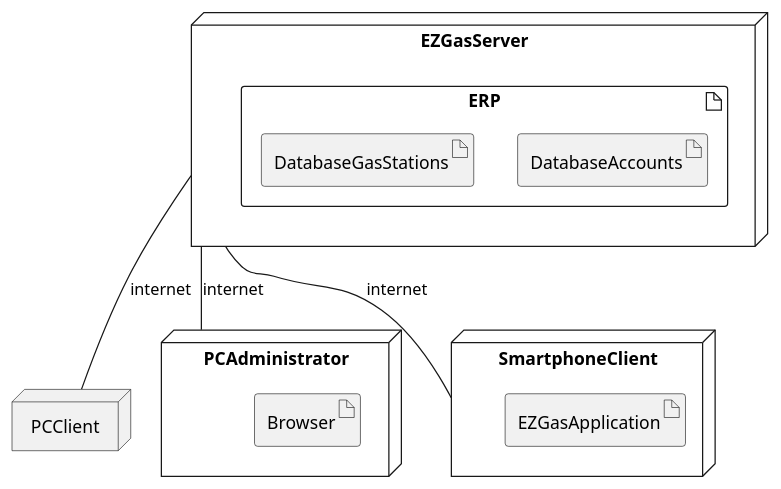
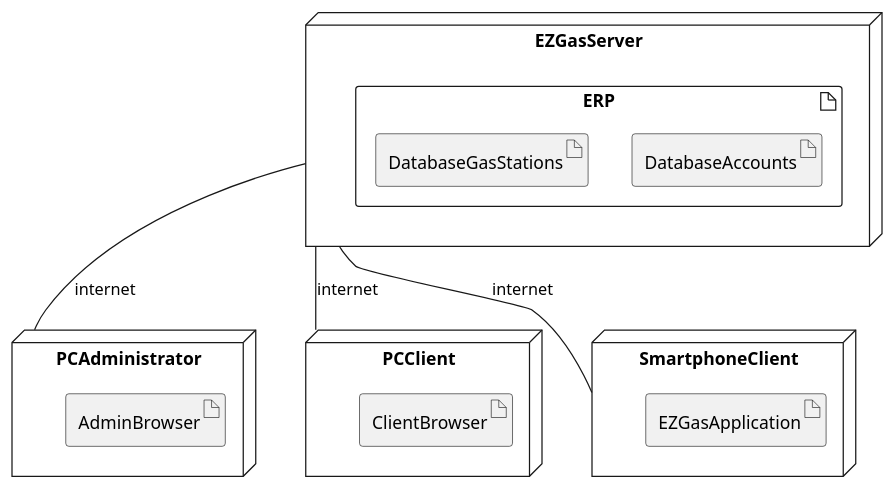
Before and after one commit to s269731/Ezgas-SE1: the fourth of 4 diagrams in docs/RequirementsDocument.md, drawn with PlantUML. The commit also changed other lines of this file, not shown here.

````diff
--- a/docs/RequirementsDocument.md
+++ b/docs/RequirementsDocument.md
@@ -466,26 +469,26 @@
 ```plantuml
 @startuml
 
 node EZGasServer {
   artifact ERP {
 	  artifact DatabaseAccounts
 	  artifact DatabaseGasStations
   }
 }
 
 node PCAdministrator {
-	artifact Browser
+	artifact AdminBrowser
 }
 node PCClient {
-	artifact Browser
+	artifact ClientBrowser
 }
 node SmartphoneClient {
 	artifact EZGasApplication
 }
 
 EZGasServer -- PCAdministrator : internet
 EZGasServer -- PCClient : internet
 EZGasServer -- SmartphoneClient : internet
 
 @enduml
 ```
````
